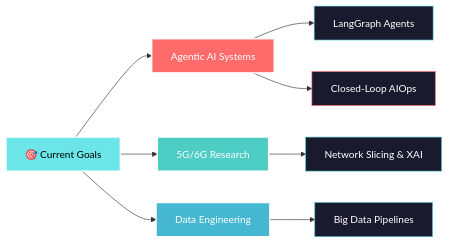
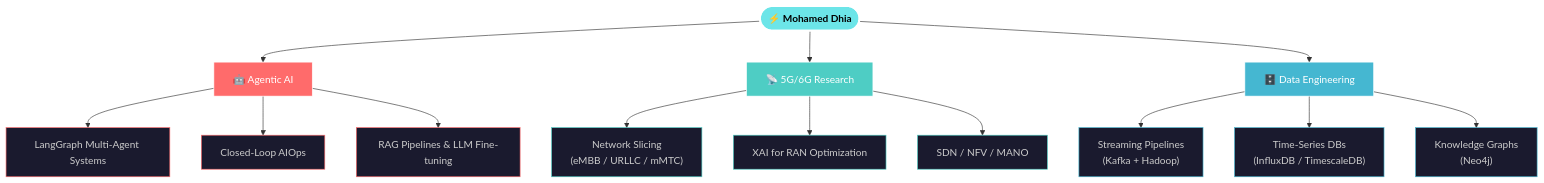
Before and after one commit to Dhiac7/Dhiac7: the diagram in README.md, drawn with Mermaid. The commit also changed other lines of this file, not shown here.

````diff
--- a/README.md
+++ b/README.md
@@ -48,19 +56,32 @@
 ```mermaid
-graph LR
-    A[🎯 Current Goals] --> B[Agentic AI Systems]
-    A --> C[5G/6G Research]
-    A --> D[Data Engineering]
-    B --> E[LangGraph Agents]
-    B --> F[Closed-Loop AIOps]
-    C --> G[Network Slicing & XAI]
-    D --> H[Big Data Pipelines]
+graph TD
+    ROOT(["⚡ Mohamed Dhia"]) --> AI["🤖 Agentic AI"]
+    ROOT --> NET["📡 5G/6G Research"]
+    ROOT --> DATA["🗄️ Data Engineering"]
 
-    style A fill:#6CE5E8,stroke:#fff,stroke-width:2px,color:#000
-    style B fill:#FF6B6B,stroke:#fff,stroke-width:2px,color:#fff
-    style C fill:#4ECDC4,stroke:#fff,stroke-width:2px,color:#fff
-    style D fill:#45B7D1,stroke:#fff,stroke-width:2px,color:#fff
-    style E fill:#1a1a2e,stroke:#6CE5E8,stroke-width:1px,color:#fff
-    style F fill:#1a1a2e,stroke:#FF6B6B,stroke-width:1px,color:#fff
-    style G fill:#1a1a2e,stroke:#4ECDC4,stroke-width:1px,color:#fff
-    style H fill:#1a1a2e,stroke:#45B7D1,stroke-width:1px,color:#fff
+    AI --> AG1["LangGraph Multi-Agent Systems"]
+    AI --> AG2["Closed-Loop AIOps"]
+    AI --> AG3["RAG Pipelines & LLM Fine-tuning"]
+
+    NET --> N1["Network Slicing\n(eMBB / URLLC / mMTC)"]
+    NET --> N2["XAI for RAN Optimization"]
+    NET --> N3["SDN / NFV / MANO"]
+
+    DATA --> D1["Streaming Pipelines\n(Kafka + Hadoop)"]
+    DATA --> D2["Time-Series DBs\n(InfluxDB / TimescaleDB)"]
+    DATA --> D3["Knowledge Graphs\n(Neo4j)"]
+
+    style ROOT fill:#6CE5E8,stroke:#fff,stroke-width:3px,color:#000,font-weight:bold
+    style AI fill:#FF6B6B,stroke:#fff,color:#fff
+    style NET fill:#4ECDC4,stroke:#fff,color:#fff
+    style DATA fill:#45B7D1,stroke:#fff,color:#fff
+    style AG1 fill:#1a1a2e,stroke:#FF6B6B,color:#ccc
+    style AG2 fill:#1a1a2e,stroke:#FF6B6B,color:#ccc
+    style AG3 fill:#1a1a2e,stroke:#FF6B6B,color:#ccc
+    style N1 fill:#1a1a2e,stroke:#4ECDC4,color:#ccc
+    style N2 fill:#1a1a2e,stroke:#4ECDC4,color:#ccc
+    style N3 fill:#1a1a2e,stroke:#4ECDC4,color:#ccc
+    style D1 fill:#1a1a2e,stroke:#45B7D1,color:#ccc
+    style D2 fill:#1a1a2e,stroke:#45B7D1,color:#ccc
+    style D3 fill:#1a1a2e,stroke:#45B7D1,color:#ccc
 ```
````
